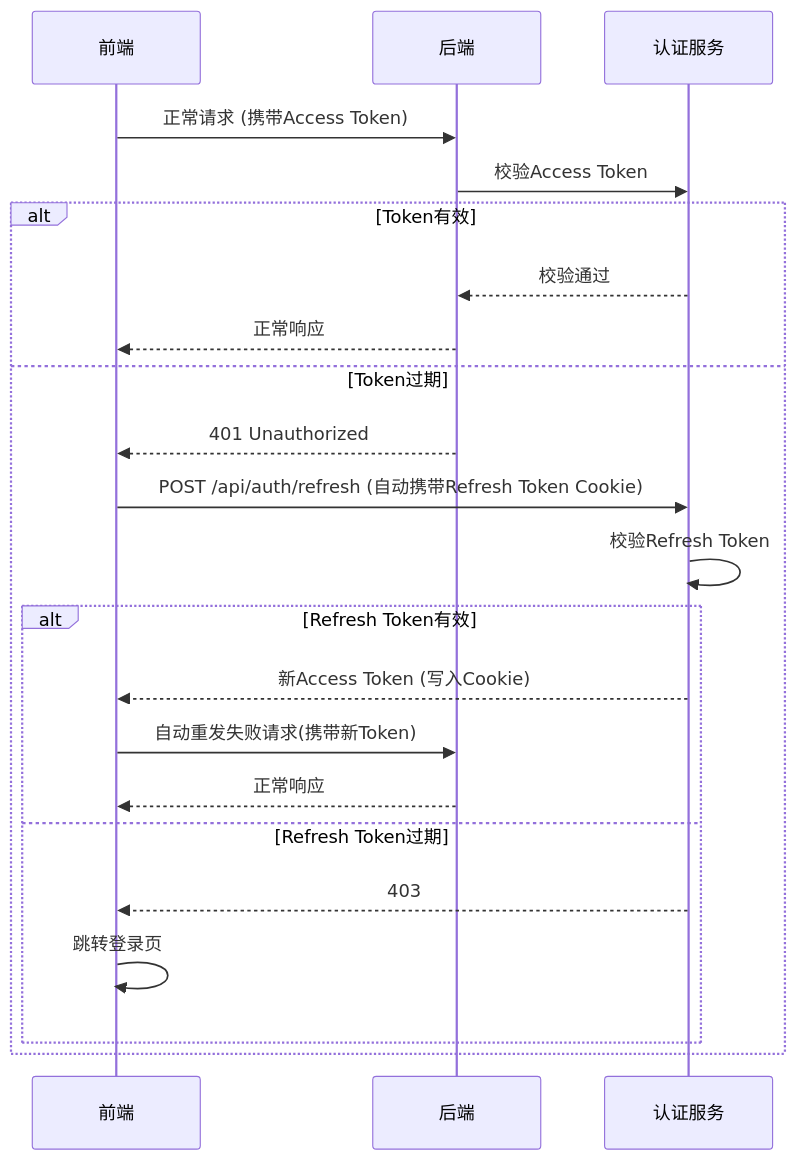
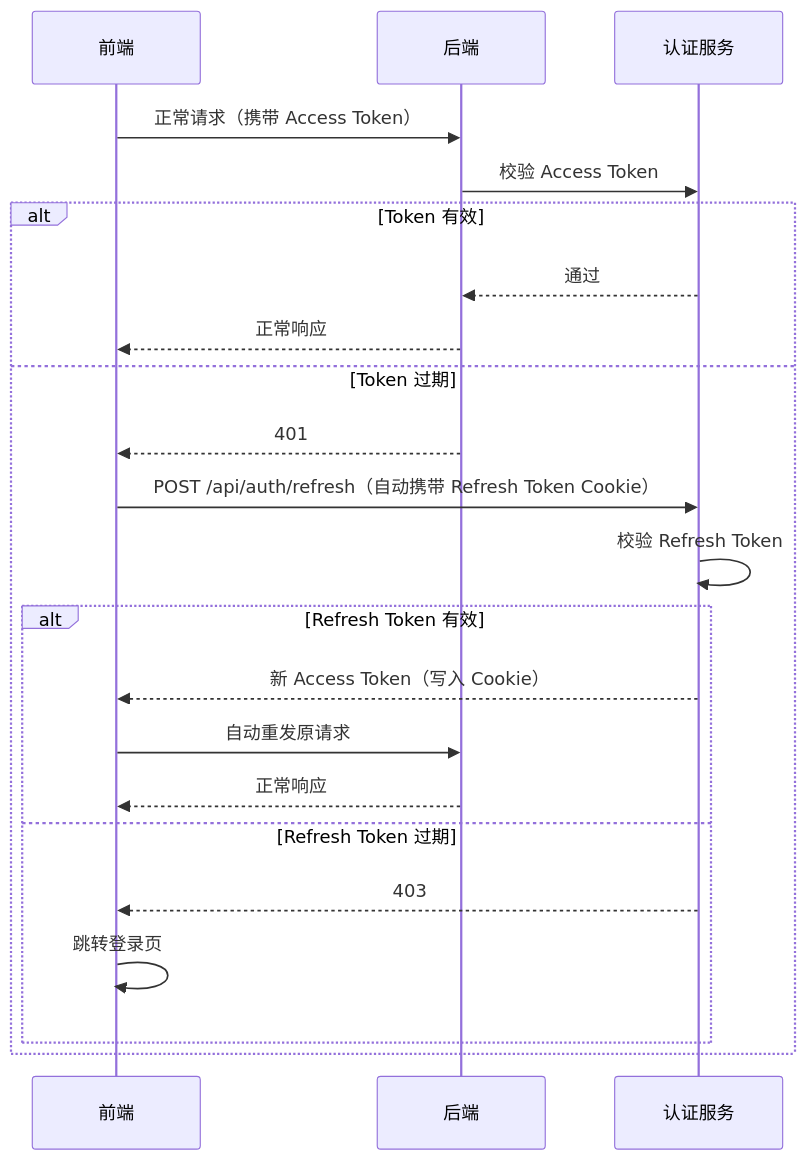
One commit to fri555/PORTL changed diagram 18 of 24 in docs/需求文档/AI工作门户-MVP-PRD.md. Above: the diagram before and after it, drawn with Mermaid. The commit also changed other lines of this file and 55 other files, not shown here.

````diff
--- a/docs/需求文档/AI工作门户-MVP-PRD.md
+++ b/docs/需求文档/AI工作门户-MVP-PRD.md
@@ -900,25 +1689,25 @@
 ```mermaid
 sequenceDiagram
     participant FE as 前端
     participant API as 后端
     participant Auth as 认证服务
 
-    FE->>API: 正常请求 (携带Access Token)
-    API->>Auth: 校验Access Token
-    alt Token有效
-        Auth-->>API: 校验通过
+    FE->>API: 正常请求（携带 Access Token）
+    API->>Auth: 校验 Access Token
+    alt Token 有效
+        Auth-->>API: 通过
         API-->>FE: 正常响应
-    else Token过期
-        API-->>FE: 401 Unauthorized
-        FE->>Auth: POST /api/auth/refresh (自动携带Refresh Token Cookie)
-        Auth->>Auth: 校验Refresh Token
-        alt Refresh Token有效
-            Auth-->>FE: 新Access Token (写入Cookie)
-            FE->>API: 自动重发失败请求(携带新Token)
+    else Token 过期
+        API-->>FE: 401
+        FE->>Auth: POST /api/auth/refresh（自动携带 Refresh Token Cookie）
+        Auth->>Auth: 校验 Refresh Token
+        alt Refresh Token 有效
+            Auth-->>FE: 新 Access Token（写入 Cookie）
+            FE->>API: 自动重发原请求
             API-->>FE: 正常响应
-        else Refresh Token过期
+        else Refresh Token 过期
             Auth-->>FE: 403
             FE->>FE: 跳转登录页
         end
     end
 ```
````
